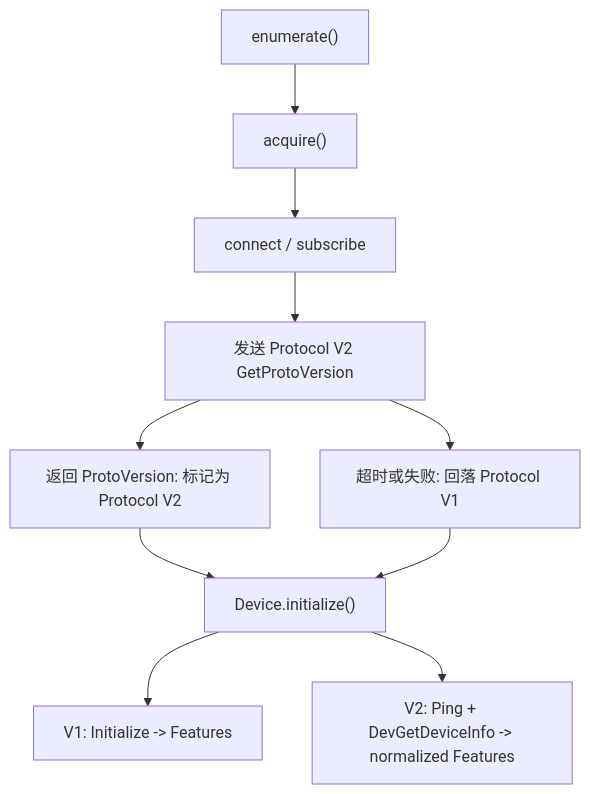
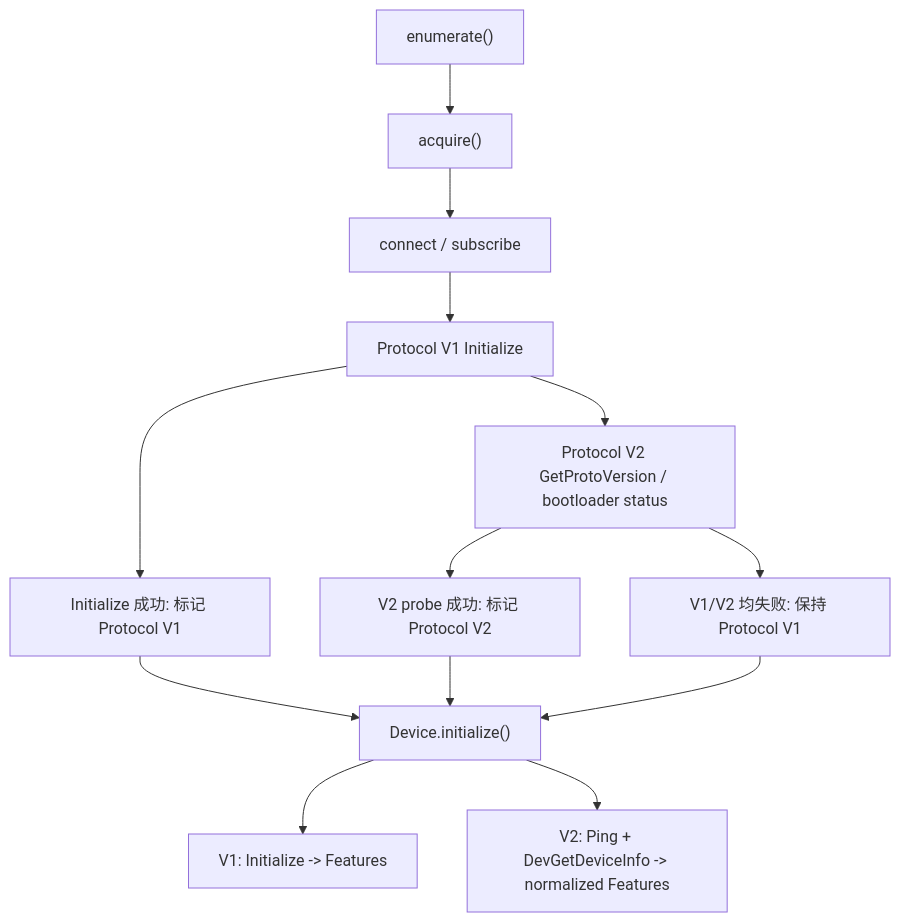
The second of 3 diagrams in docs/architecture.md (OneKeyHQ/hardware-js-sdk), drawn with Mermaid before and after one commit. The commit also changed other lines of this file and 26 other files, not shown here.

````diff
--- a/docs/architecture.md
+++ b/docs/architecture.md
@@ -73,18 +75,22 @@
 ```mermaid
 flowchart TD
   Enumerate["enumerate()"]
   Acquire["acquire()"]
   Connect["connect / subscribe"]
-  Probe["发送 Protocol V2 GetProtoVersion"]
-  V2["返回 ProtoVersion: 标记为 Protocol V2"]
-  V1["超时或失败: 回落 Protocol V1"]
+  ProbeV1["Protocol V1 Initialize"]
+  V1["Initialize 成功: 标记 Protocol V1"]
+  ProbeV2["Protocol V2 GetProtoVersion / bootloader status"]
+  V2["V2 probe 成功: 标记 Protocol V2"]
+  FallbackV1["V1/V2 均失败: 保持 Protocol V1"]
   Init["Device.initialize()"]
   InitV1["V1: Initialize -> Features"]
   InitV2["V2: Ping + DevGetDeviceInfo -> normalized Features"]
 
-  Enumerate --> Acquire --> Connect --> Probe
-  Probe --> V2 --> Init
-  Probe --> V1 --> Init
+  Enumerate --> Acquire --> Connect --> ProbeV1
+  ProbeV1 --> V1 --> Init
+  ProbeV1 --> ProbeV2
+  ProbeV2 --> V2 --> Init
+  ProbeV2 --> FallbackV1 --> Init
   Init --> InitV1
   Init --> InitV2
 ```
````
